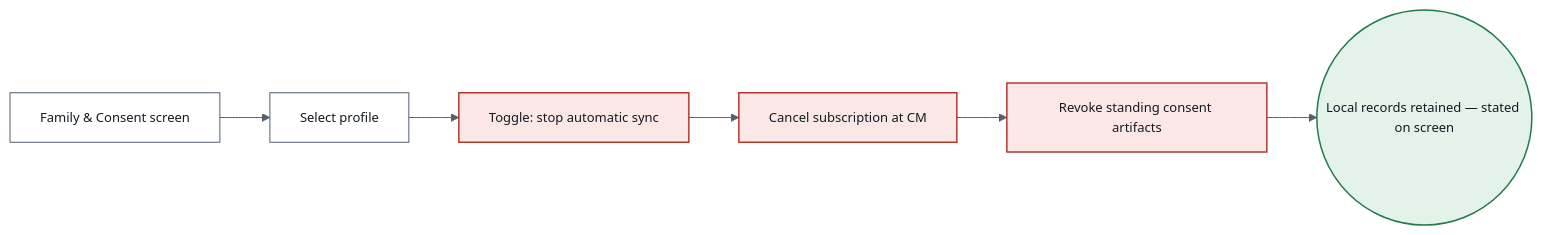
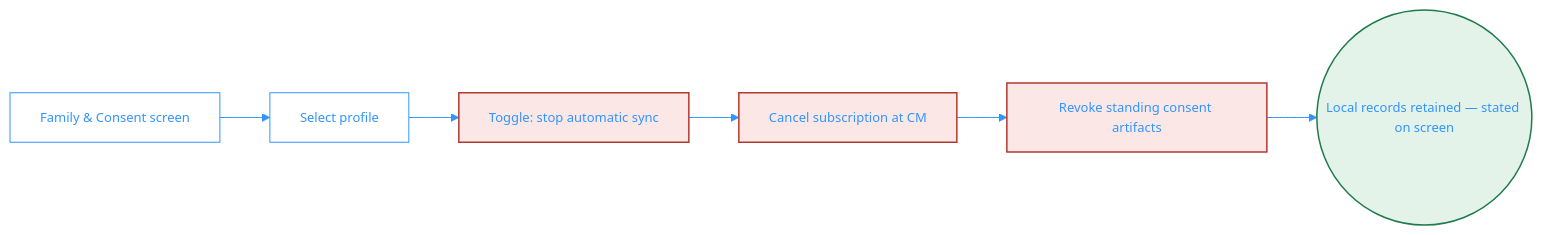
The third of 3 diagrams in health/specs/002-onboarding-router-activation/flowchart.md (thedoorstepclinic/platform), drawn with Mermaid before and after one commit. The commit also changed other lines of this file and 17 other files, not shown here.

````diff
--- a/health/specs/002-onboarding-router-activation/flowchart.md
+++ b/health/specs/002-onboarding-router-activation/flowchart.md
@@ -105,15 +105,15 @@
 ```mermaid
-%%{init: {'theme':'base', 'themeVariables': {'primaryColor':'#FFFFFF','primaryBorderColor':'#52606F','primaryTextColor':'#121A22','lineColor':'#52606F','fontFamily':'ui-monospace, SFMono-Regular, Consolas, monospace','fontSize':'13px'}}}%%
+%%{init: {'theme':'base', 'themeVariables': {'primaryColor':'#FFFFFF','primaryBorderColor':'#3194ff','primaryTextColor':'#3194ff','lineColor':'#3194ff','fontFamily':'ui-monospace, SFMono-Regular, Consolas, monospace','fontSize':'13px'}}}%%
 flowchart LR
     A2["Family & Consent screen"] --> B2["Select profile"]
     B2 --> C2["Toggle: stop automatic sync"]
     C2 --> D2["Cancel subscription at CM"]
     D2 --> E2["Revoke standing consent artifacts"]
     E2 --> F2(("Local records retained — stated on screen"))
 
-    classDef danger fill:#FBE8E6,stroke:#B2382F,color:#121A22,stroke-width:1.5px
-    classDef terminal fill:#E3F3E9,stroke:#1F7A4C,color:#121A22,stroke-width:1.5px
+    classDef danger fill:#FBE8E6,stroke:#B2382F,color:#3194ff,stroke-width:1.5px
+    classDef terminal fill:#E3F3E9,stroke:#1F7A4C,color:#3194ff,stroke-width:1.5px
 
     class C2,D2,E2 danger
     class F2 terminal
 ```
````
